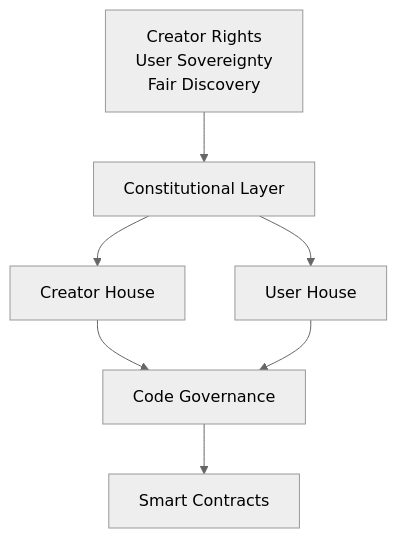
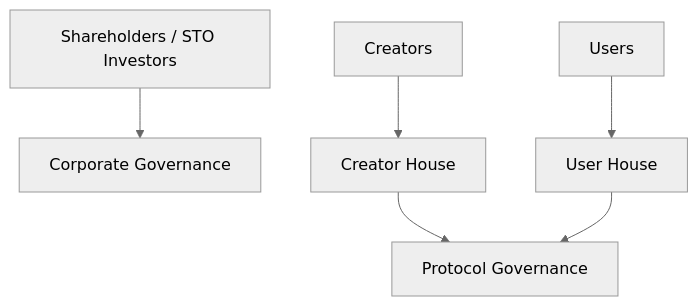
Before and after one commit to ShigeichiroYamasaki/creator-first-platform: diagram 15 of 17 in docs/whitepaper/01-vision.md, drawn with Mermaid (neutral theme). The commit also changed other lines of this file and 1 other file, not shown here.

````diff
--- a/docs/whitepaper/01-vision.md
+++ b/docs/whitepaper/01-vision.md
@@ -220,10 +413,18 @@
 ```mermaid
 flowchart TD
-    P[Creator Rights<br/>User Sovereignty<br/>Fair Discovery]
-    P --> CL[Constitutional Layer]
-    CL --> CH[Creator House]
-    CL --> UH[User House]
-    CH --> CG[Code Governance]
-    UH --> CG
-    CG --> SC[Smart Contracts]
+    INVESTOR[Shareholders / STO Investors]
+    COMPANY[Corporate Governance]
+
+    CREATOR[Creators]
+    CH[Creator House]
+
+    USER[Users]
+    UH[User House]
+
+    INVESTOR --> COMPANY
+    CREATOR --> CH
+    USER --> UH
+
+    CH --> PROTOCOL[Protocol Governance]
+    UH --> PROTOCOL
 ```
````
